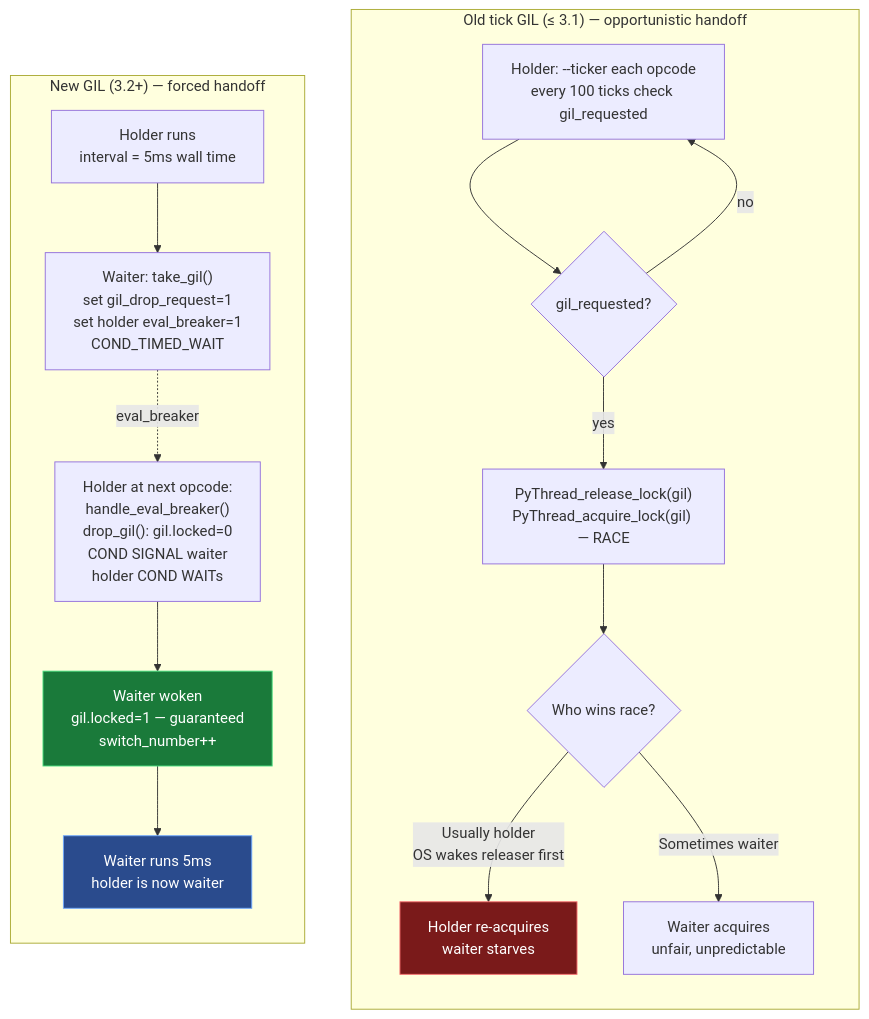
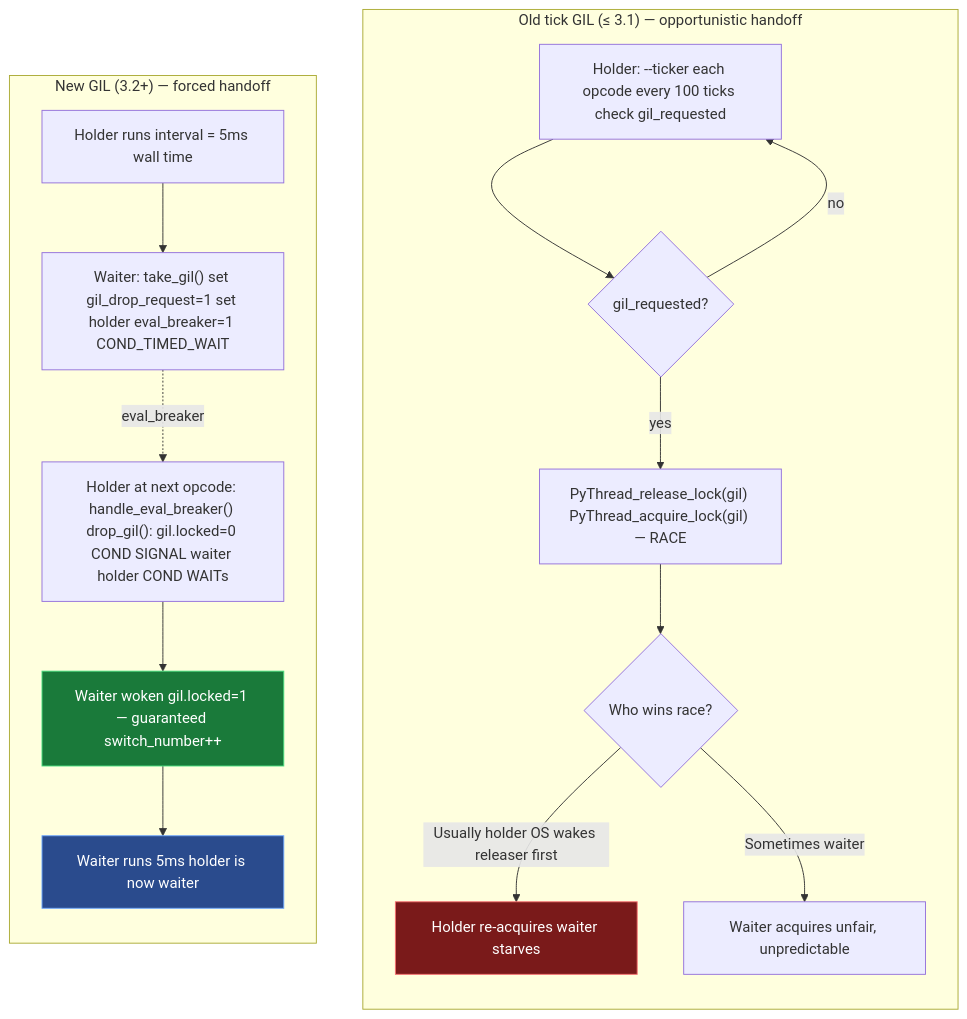
Before and after one commit to bumbsclaw/textbooks: the third of 8 diagrams in vol-16-python-cpython-internals/ch05-gil.md, drawn with Mermaid. The commit also changed other lines of this file and 9 other files, not shown here.

First line of the commit message:
fix(pdf, mermaid): syntax-highlighted code blocks + diagram label fixes

````diff
--- a/vol-16-python-cpython-internals/ch05-gil.md
+++ b/vol-16-python-cpython-internals/ch05-gil.md
@@ -381,23 +381,23 @@
 ```mermaid
 flowchart TB
     subgraph OLD["Old tick GIL (≤ 3.1) — opportunistic handoff"]
         direction TB
-        O1["Holder: --ticker each opcode<br/>every 100 ticks check gil_requested"] --> O2{"gil_requested?"}
-        O2 -->|yes| O3["PyThread_release_lock(gil)<br/>PyThread_acquire_lock(gil) — RACE"]
+        O1["Holder: --ticker each opcode every 100 ticks check gil_requested"] --> O2{"gil_requested?"}
+        O2 -->|yes| O3["PyThread_release_lock(gil) PyThread_acquire_lock(gil) — RACE"]
         O2 -->|no| O1
         O3 --> O4{"Who wins race?"}
-        O4 -->|Usually holder<br/>OS wakes releaser first| O5["Holder re-acquires<br/>waiter starves"]
-        O4 -->|Sometimes waiter| O6["Waiter acquires<br/>unfair, unpredictable"]
+        O4 -->|Usually holder OS wakes releaser first| O5["Holder re-acquires waiter starves"]
+        O4 -->|Sometimes waiter| O6["Waiter acquires unfair, unpredictable"]
         style O5 fill:#7a1a1a,stroke:#f87171,color:#fff
     end
 
     subgraph NEW["New GIL (3.2+) — forced handoff"]
         direction TB
-        N1["Holder runs<br/>interval = 5ms wall time"] --> N2["Waiter: take_gil()<br/>set gil_drop_request=1<br/>set holder eval_breaker=1<br/>COND_TIMED_WAIT"]
-        N2 -.->|eval_breaker| N3["Holder at next opcode:<br/>handle_eval_breaker()<br/>drop_gil(): gil.locked=0<br/>COND SIGNAL waiter<br/>holder COND WAITs"]
-        N3 --> N4["Waiter woken<br/>gil.locked=1 — guaranteed<br/>switch_number++"]
-        N4 --> N5["Waiter runs 5ms<br/>holder is now waiter"]
+        N1["Holder runs interval = 5ms wall time"] --> N2["Waiter: take_gil() set gil_drop_request=1 set holder eval_breaker=1 COND_TIMED_WAIT"]
+        N2 -.->|eval_breaker| N3["Holder at next opcode: handle_eval_breaker() drop_gil(): gil.locked=0 COND SIGNAL waiter holder COND WAITs"]
+        N3 --> N4["Waiter woken gil.locked=1 — guaranteed switch_number++"]
+        N4 --> N5["Waiter runs 5ms holder is now waiter"]
         style N4 fill:#1a7a3a,stroke:#4ade80,color:#fff
         style N5 fill:#2a4b8d,stroke:#6ea8fe,color:#fff
     end
 ```
````
